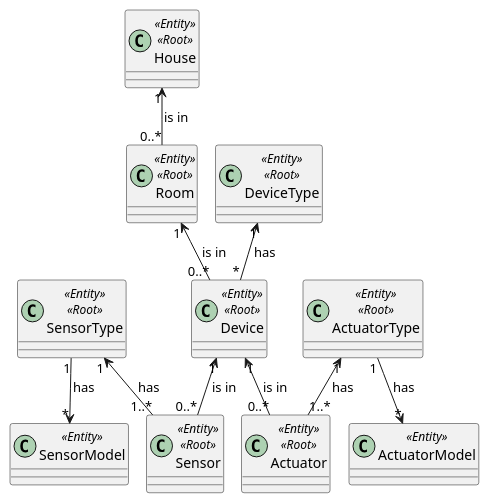
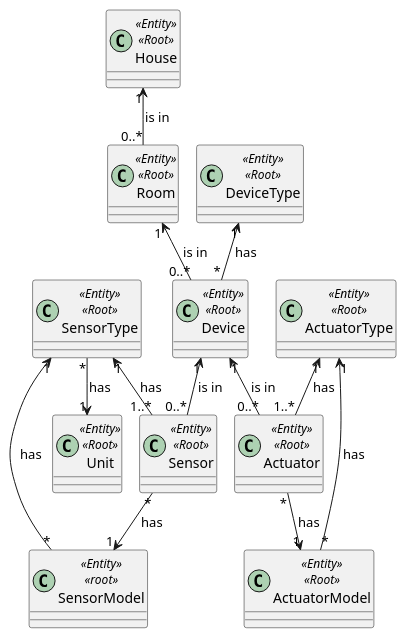
The diagram in docs2/general/domainEntity.puml (olivDiogo/SmartHome), drawn with PlantUML before and after one commit.

Commit message:
Update:  change domain after feedback, closes #177

```diff
--- a/docs2/general/domainEntity.puml
+++ b/docs2/general/domainEntity.puml
@@ -1,25 +1,29 @@
 @startuml
 !pragma layout smetana
 
 class House<<Entity>><<Root>>{}
 class Room<<Entity>><<Root>>{}
 class Device<<Entity>><<Root>>{}
 class DeviceType<<Entity>><<Root>>{}
 class Sensor<<Entity>><<Root>>{}
 class Actuator<<Entity>><<Root>>{}
 class ActuatorType<<Entity>><<Root>>{}
-class ActuatorModel<<Entity>>{}
+class ActuatorModel<<Entity>><<Root>>{}
 class SensorType<<Entity>><<Root>>{}
-class SensorModel<<Entity>>{}
+class SensorModel<<Entity>><<root>>{}
+class Unit<<Entity>><<Root>>{}
 
 House "1" <-- "0..*" Room : is in >
 Room "1" <-- "0..*" Device : is in >
 DeviceType "1" <-- "*" Device : has >
 Device "1" <-- "0..*" Sensor : is in >
 Device "1" <-- "0..*" Actuator : is in >
 SensorType "1" <-- "1..*" Sensor : has >
-SensorType "1" --> "*" SensorModel : has >
+SensorType "*" --> "1" Unit : has >
+Sensor "*" --> "1" SensorModel : has >
+SensorType "1" <-- "*" SensorModel : has >
 ActuatorType "1" <-- "1..*" Actuator : has >
-ActuatorType "1" --> "*" ActuatorModel : has  >
+ActuatorType "1" <-- "*" ActuatorModel : has  >
+Actuator "*" --> "1" ActuatorModel : has >
 
 @enduml
```
